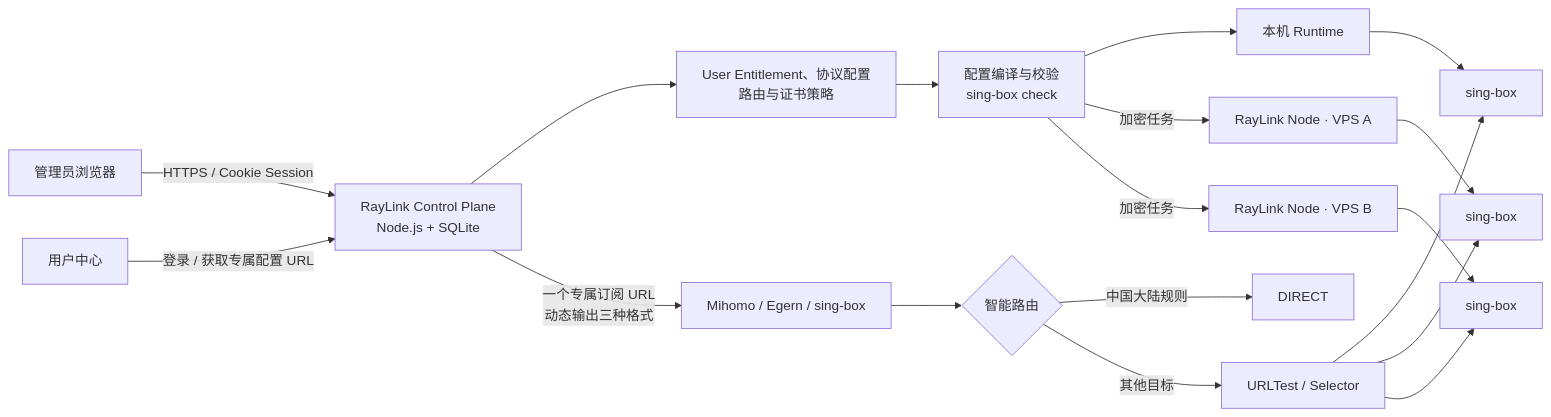
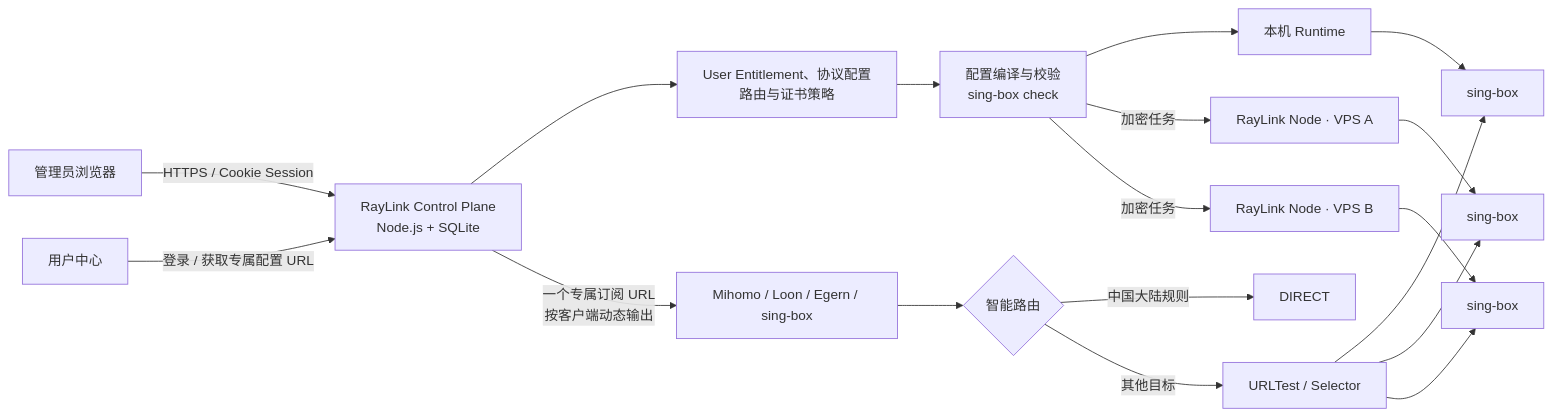
Before and after one commit to Zanetach/RayLink: the first of 2 diagrams in README.md, drawn with Mermaid. The commit also changed other lines of this file and 17 other files, not shown here.

````diff
--- a/README.md
+++ b/README.md
@@ -50,22 +50,22 @@
 ```mermaid
 flowchart LR
   Admin["管理员浏览器"] -->|"HTTPS / Cookie Session"| Control["RayLink Control Plane<br/>Node.js + SQLite"]
   Portal["用户中心"] -->|"登录 / 获取专属配置 URL"| Control
 
   Control --> Policy["User Entitlement、协议配置<br/>路由与证书策略"]
   Policy --> Compiler["配置编译与校验<br/>sing-box check"]
   Compiler --> Local["本机 Runtime"]
   Compiler -->|"加密任务"| NodeA["RayLink Node · VPS A"]
   Compiler -->|"加密任务"| NodeB["RayLink Node · VPS B"]
   Local --> SingA["sing-box"]
   NodeA --> SingB["sing-box"]
   NodeB --> SingC["sing-box"]
 
-  Control -->|"一个专属订阅 URL<br/>动态输出三种格式"| Client["Mihomo / Egern / sing-box"]
+  Control -->|"一个专属订阅 URL<br/>按客户端动态输出"| Client["Mihomo / Loon / Egern / sing-box"]
   Client --> Route{"智能路由"}
   Route -->|"中国大陆规则"| Direct["DIRECT"]
   Route -->|"其他目标"| Auto["URLTest / Selector"]
   Auto --> SingA
   Auto --> SingB
   Auto --> SingC
 ```
````
